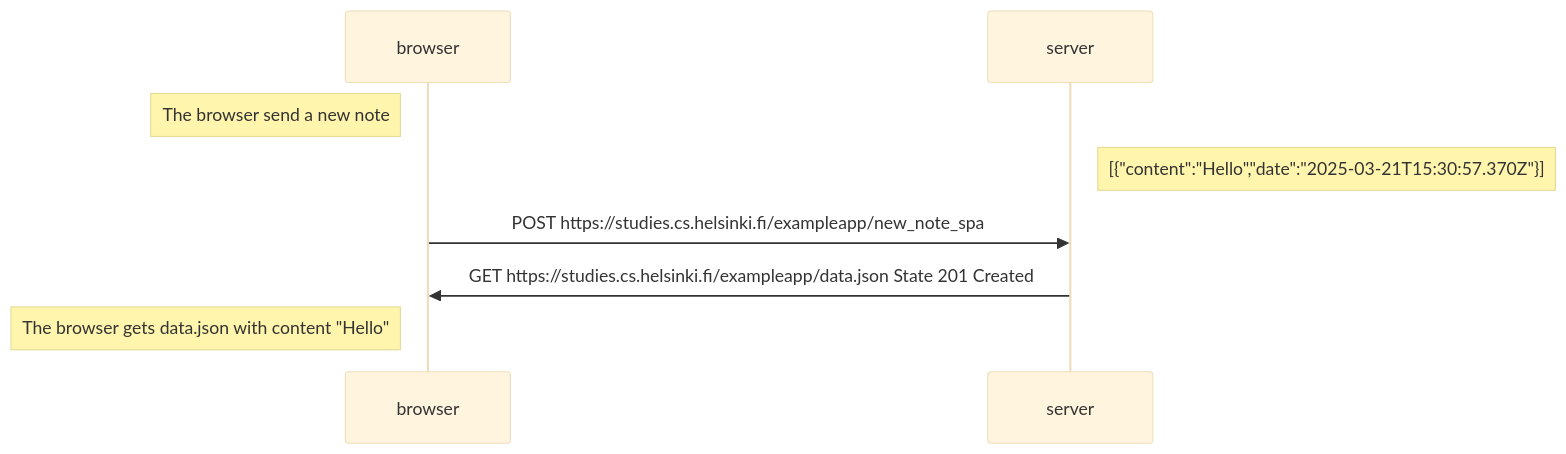
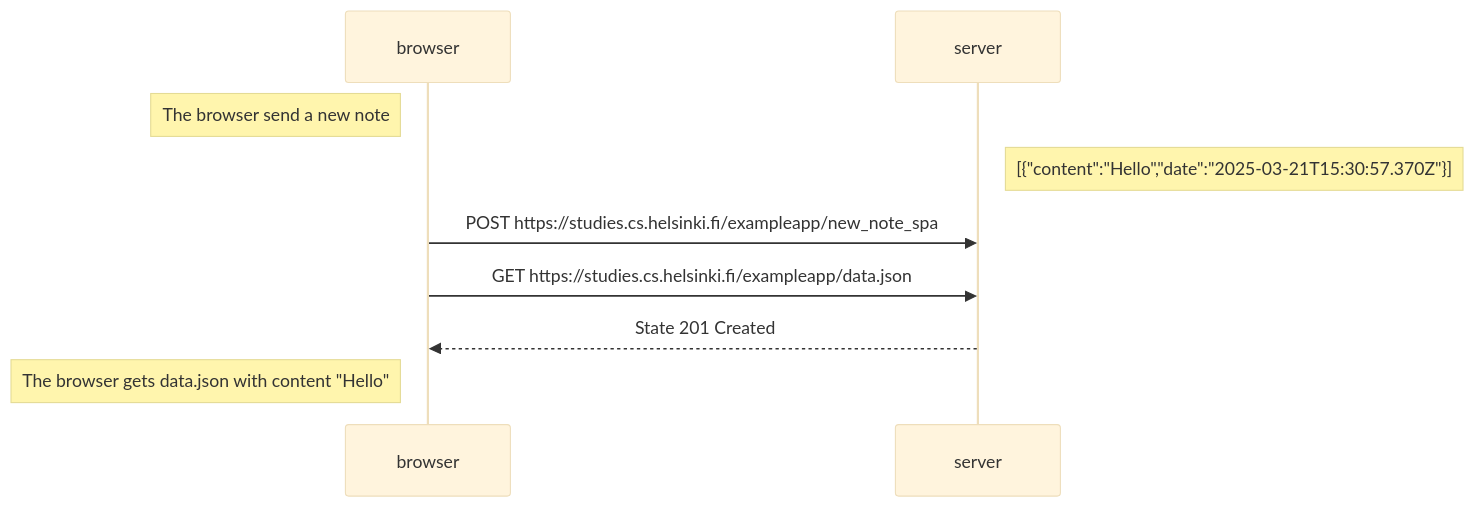
The diagram in 0.6: New note in application diagram of a single page.md (GeanVillamar/Part0), drawn with Mermaid (base theme) before and after one commit.

Commit message:
Update 0.6: New note in application diagram of a single page.md

````diff
--- a/0.6: New note in application diagram of a single page.md
+++ b/0.6: New note in application diagram of a single page.md
@@ -1,8 +1,9 @@
 ```mermaid
 sequenceDiagram
 Note left of browser: The browser send a new note
 Note right of server: [{"content":"Hello","date":"2025-03-21T15:30:57.370Z"}] 
 browser->>server: POST https://studies.cs.helsinki.fi/exampleapp/new_note_spa 
-server->>browser: GET https://studies.cs.helsinki.fi/exampleapp/data.json State 201 Created
+browser->>server: GET https://studies.cs.helsinki.fi/exampleapp/data.json
+server-->>browser: State 201 Created
 Note left of browser: The browser gets data.json with content "Hello"
 ```
````
